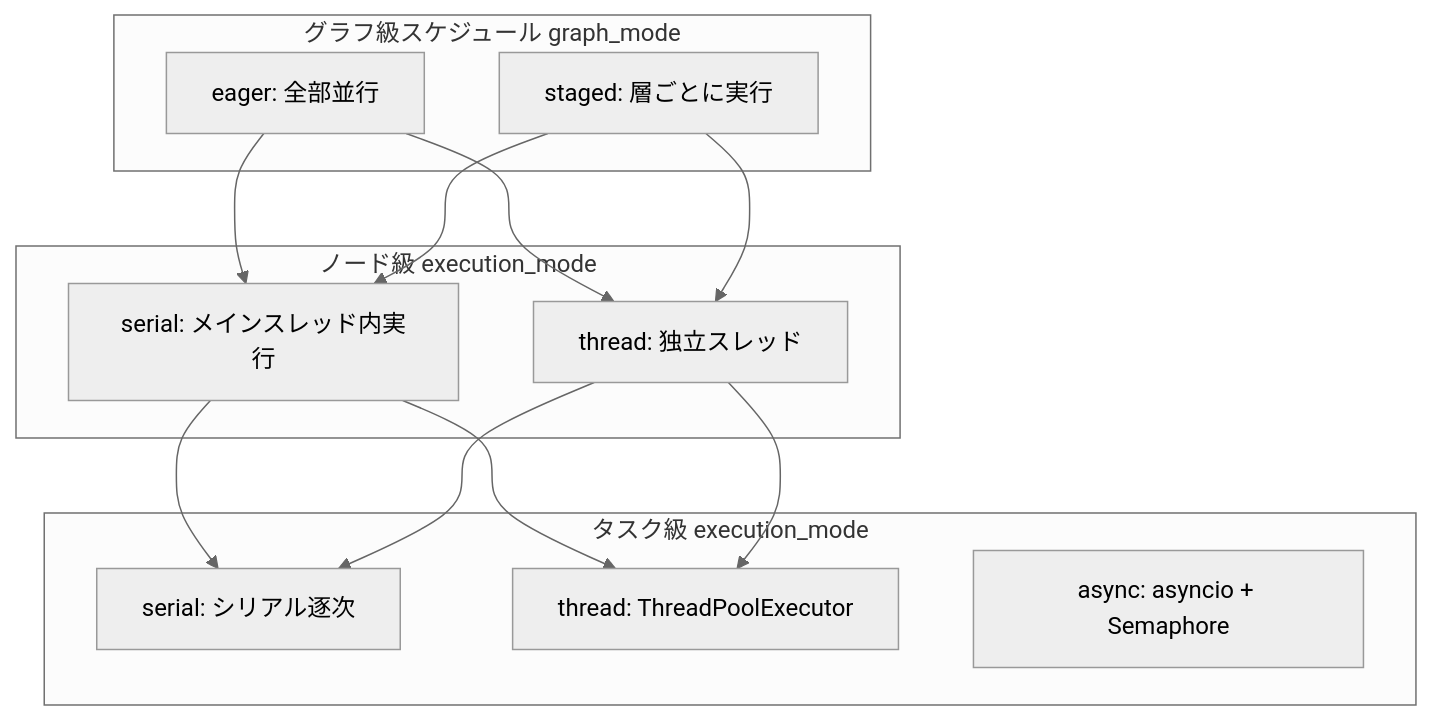
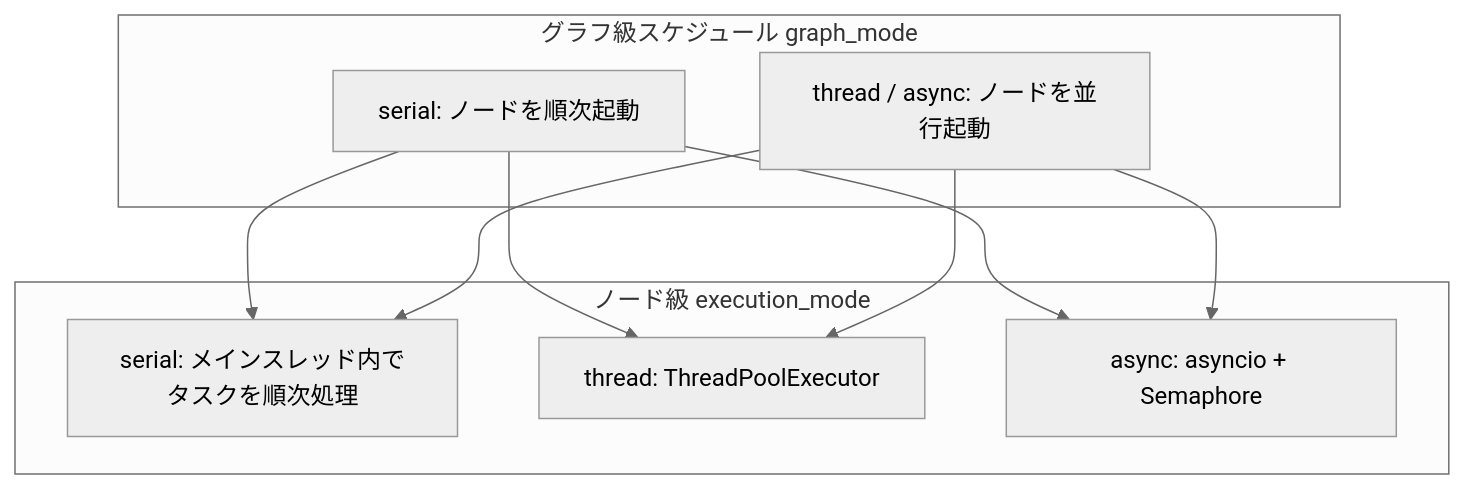
Before and after one commit to Mr-xiaotian/CelestialFlow: the fourth of 9 diagrams in docs/ja/presentation.md, drawn with Mermaid (neutral theme). The commit also changed other lines of this file and 211 other files, not shown here.

````diff
--- a/docs/ja/presentation.md
+++ b/docs/ja/presentation.md
@@ -215,27 +215,20 @@
 ```mermaid
 graph TD
     subgraph グラフ級スケジュール graph_mode
-        A[eager: 全部並行]
-        B[staged: 層ごとに実行]
+        A[serial: ノードを順次起動]
+        B[thread / async: ノードを並行起動]
     end
 
     subgraph ノード級 execution_mode
-        C[serial: メインスレッド内実行]
-        D[thread: 独立スレッド]
-    end
-
-    subgraph タスク級 execution_mode
-        E[serial: シリアル逐次]
-        F[thread: ThreadPoolExecutor]
-        H[async: asyncio + Semaphore]
+        C[serial: メインスレッド内でタスクを順次処理]
+        D[thread: ThreadPoolExecutor]
+        E[async: asyncio + Semaphore]
     end
 
     A --> C
     A --> D
+    A --> E
     B --> C
     B --> D
-    C --> E
-    C --> F
-    D --> E
-    D --> F
+    B --> E
 ```
````
